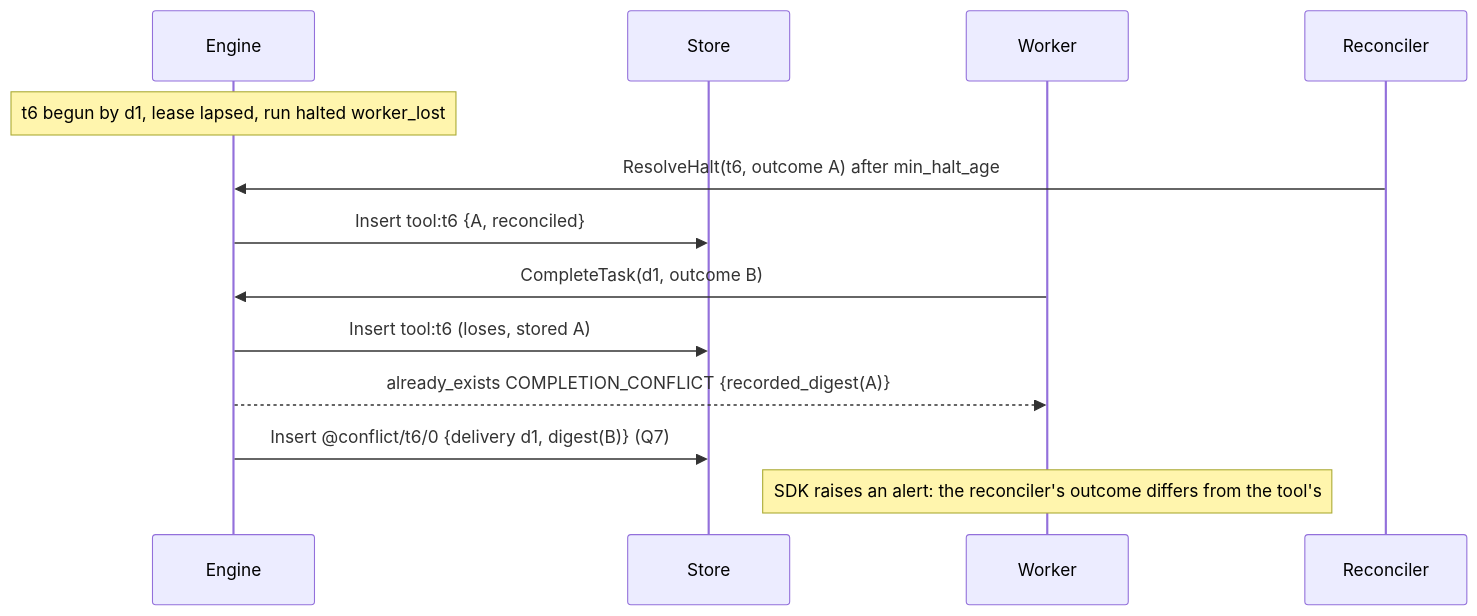
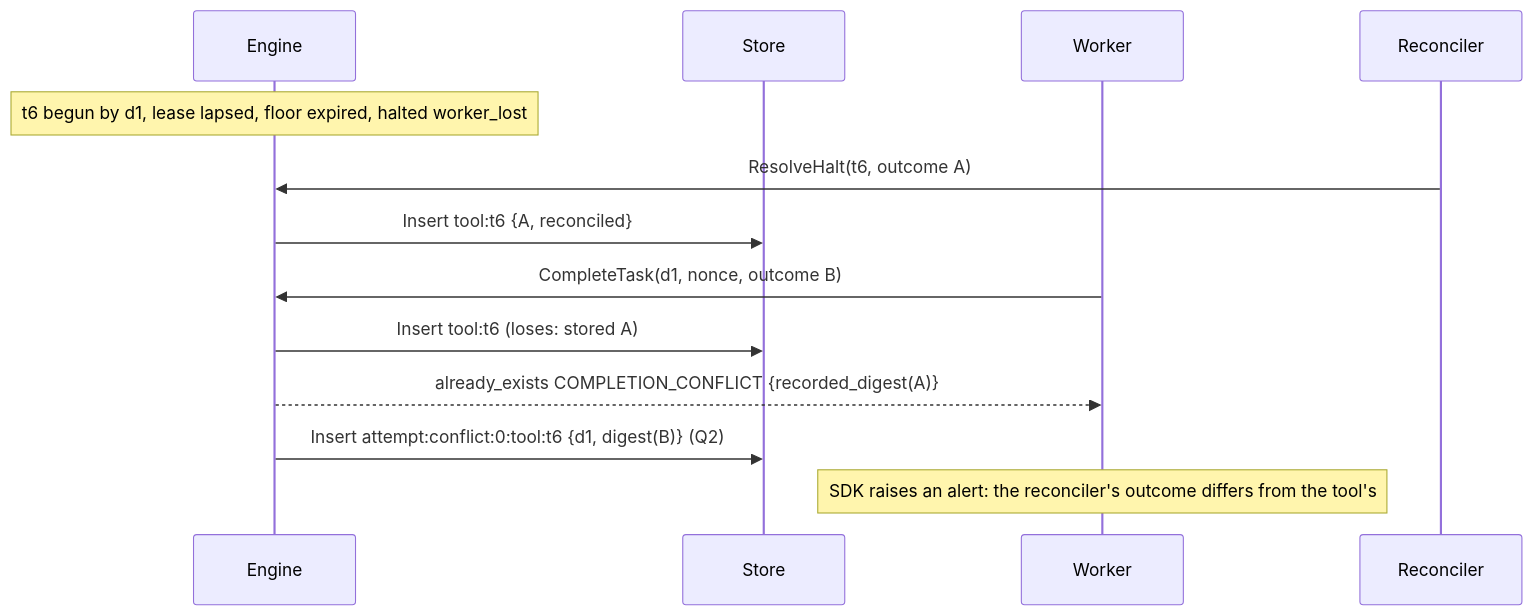
Before and after one commit to bide-ai/bide: the fifth of 8 diagrams in docs/design/protocol.md, drawn with Mermaid. The commit also changed other lines of this file, not shown here.

````diff
--- a/docs/design/protocol.md
+++ b/docs/design/protocol.md
@@ -1466,15 +1487,15 @@
 ```mermaid
 sequenceDiagram
     participant E as Engine
     participant S as Store
     participant W as Worker
     participant R as Reconciler
-    Note over E: t6 begun by d1, lease lapsed, run halted worker_lost
-    R->>E: ResolveHalt(t6, outcome A) after min_halt_age
+    Note over E: t6 begun by d1, lease lapsed, floor expired, halted worker_lost
+    R->>E: ResolveHalt(t6, outcome A)
     E->>S: Insert tool:t6 {A, reconciled}
-    W->>E: CompleteTask(d1, outcome B)
-    E->>S: Insert tool:t6 (loses, stored A)
+    W->>E: CompleteTask(d1, nonce, outcome B)
+    E->>S: Insert tool:t6 (loses: stored A)
     E-->>W: already_exists COMPLETION_CONFLICT {recorded_digest(A)}
-    E->>S: Insert @conflict/t6/0 {delivery d1, digest(B)} (Q7)
+    E->>S: Insert attempt:conflict:0:tool:t6 {d1, digest(B)} (Q2)
     Note over W: SDK raises an alert: the reconciler's outcome differs from the tool's
 ```
````
